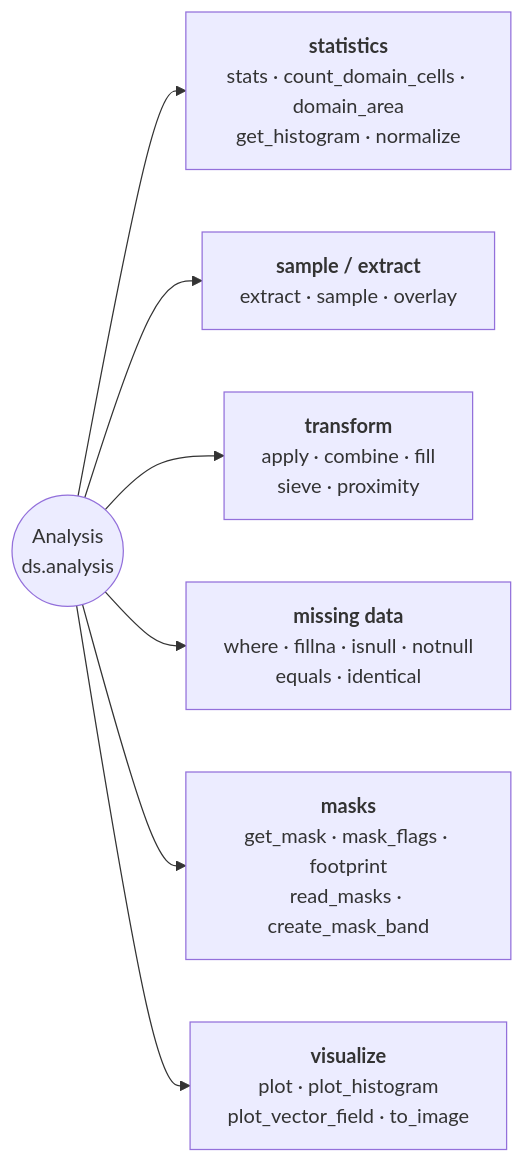
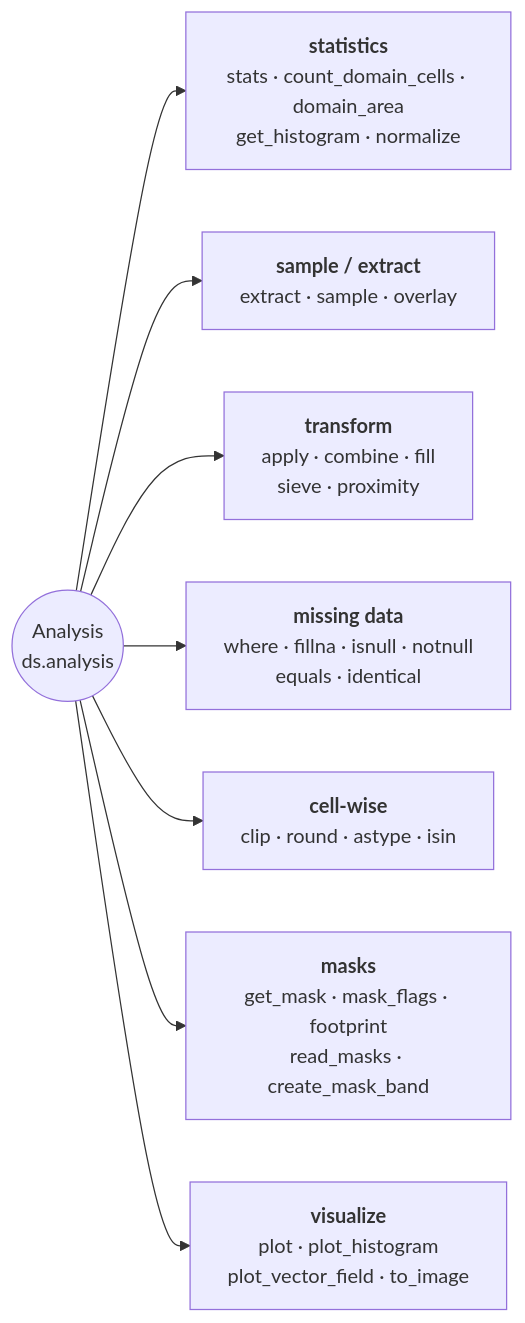
Before and after one commit to serapeum-org/pyramids: the diagram in docs/reference/dataset/analysis.md, drawn with Mermaid. The commit also changed other lines of this file and 12 other files, not shown here.

First line of the commit message:
feat(dataset,netcdf)!: clip, round and cast cell values; window, drop and sort bands (#1187)

````diff
--- a/docs/reference/dataset/analysis.md
+++ b/docs/reference/dataset/analysis.md
@@ -5,10 +5,11 @@
 ```mermaid
 flowchart LR
     AN(("Analysis<br/>ds.analysis"))
     AN --> S["<b>statistics</b><br/>stats · count_domain_cells · domain_area<br/>get_histogram · normalize"]
     AN --> E["<b>sample / extract</b><br/>extract · sample · overlay"]
     AN --> T["<b>transform</b><br/>apply · combine · fill<br/>sieve · proximity"]
     AN --> N["<b>missing data</b><br/>where · fillna · isnull · notnull<br/>equals · identical"]
+    AN --> C["<b>cell-wise</b><br/>clip · round · astype · isin"]
     AN --> M["<b>masks</b><br/>get_mask · mask_flags · footprint<br/>read_masks · create_mask_band"]
     AN --> V["<b>visualize</b><br/>plot · plot_histogram<br/>plot_vector_field · to_image"]
 ```
````
